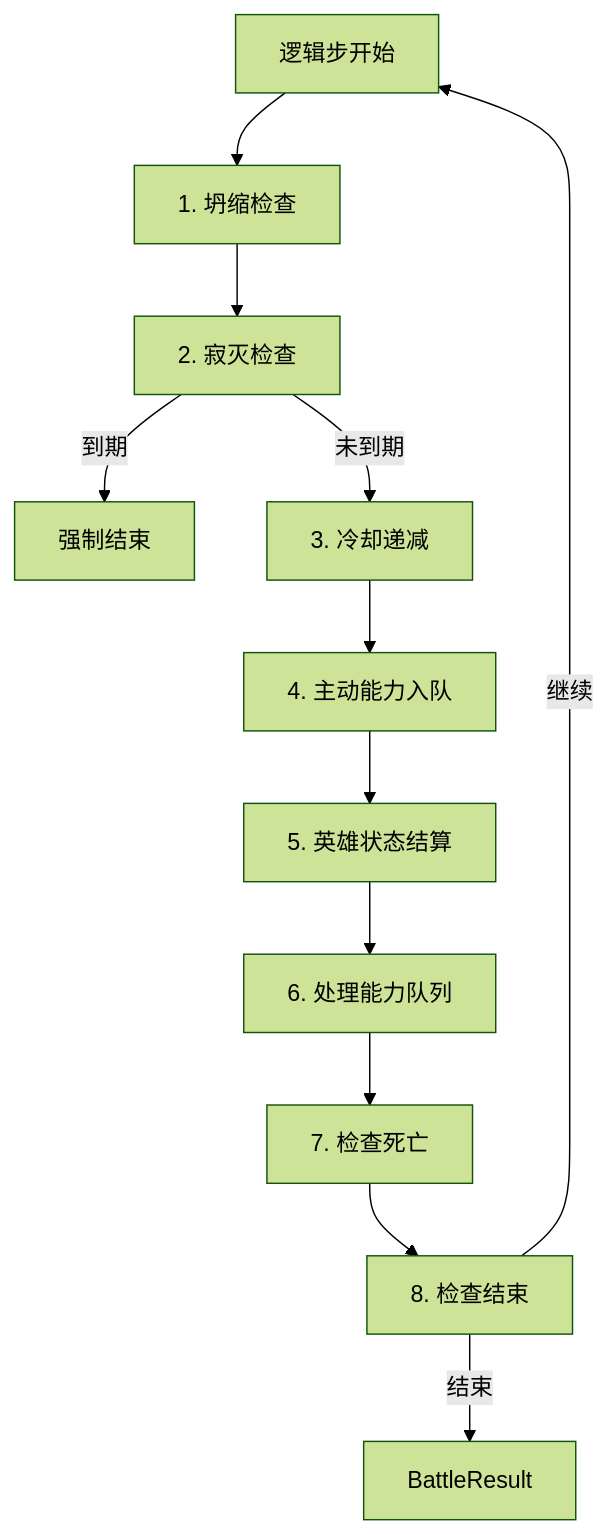
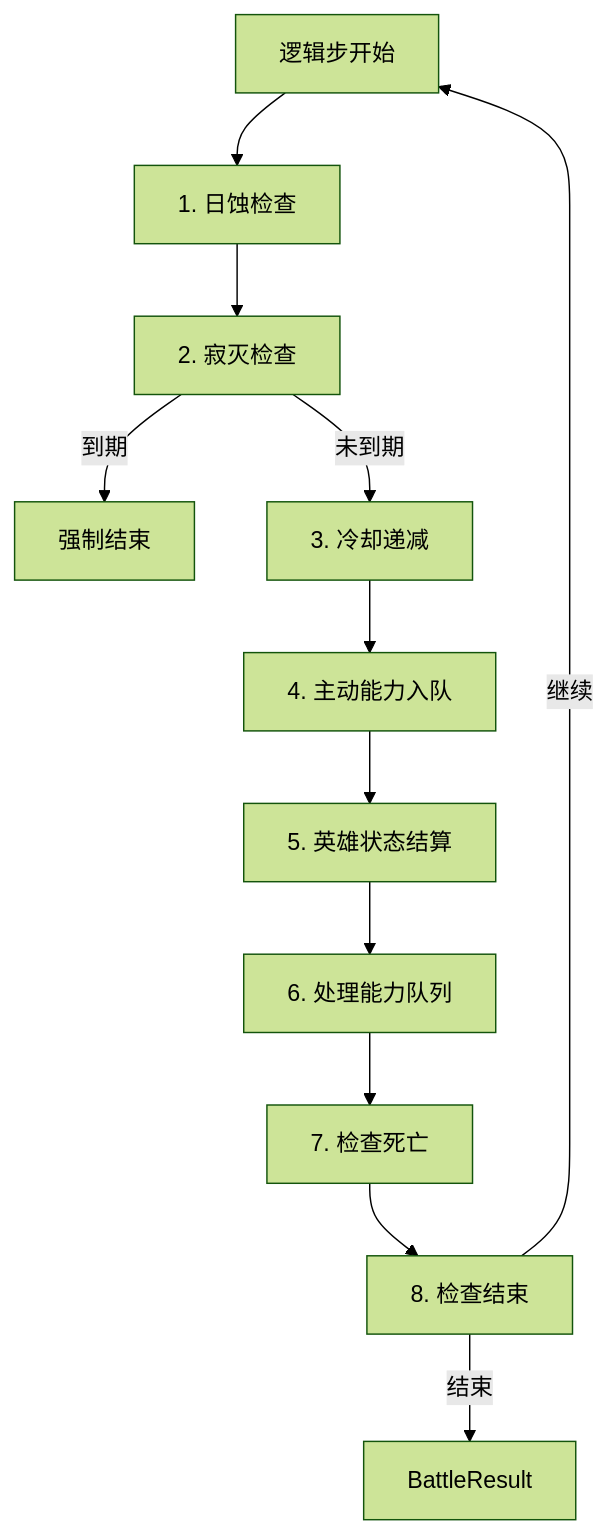
One commit to WayneTang99/Project_Star changed the fifth of 5 diagrams in docs/ARCHITECTURE.md. Above: the diagram before and after it, drawn with Mermaid (forest theme). The commit also changed other lines of this file and 126 other files, not shown here.

````diff
--- a/docs/ARCHITECTURE.md
+++ b/docs/ARCHITECTURE.md
@@ -233,14 +242,14 @@
 ```mermaid
 flowchart TD
-    Tick["逻辑步开始"] --> Collapse["1. 坍缩检查"]
-    Collapse --> Extinction["2. 寂灭检查"]
+    Tick["逻辑步开始"] --> Eclipse["1. 日蚀检查"]
+    Eclipse --> Extinction["2. 寂灭检查"]
     Extinction -->|"到期"| Timeout["强制结束"]
     Extinction -->|"未到期"| Cooldown["3. 冷却递减"]
     Cooldown --> Active["4. 主动能力入队"]
     Active --> Status["5. 英雄状态结算"]
     Status --> Queue["6. 处理能力队列"]
     Queue --> Death["7. 检查死亡"]
     Death --> End["8. 检查结束"]
     End -->|继续| Tick
     End -->|结束| Result["BattleResult"]
 ```
````
